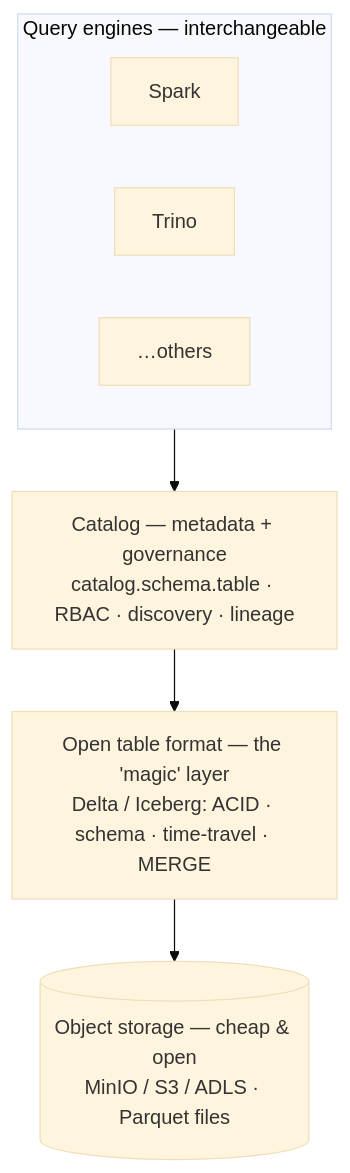
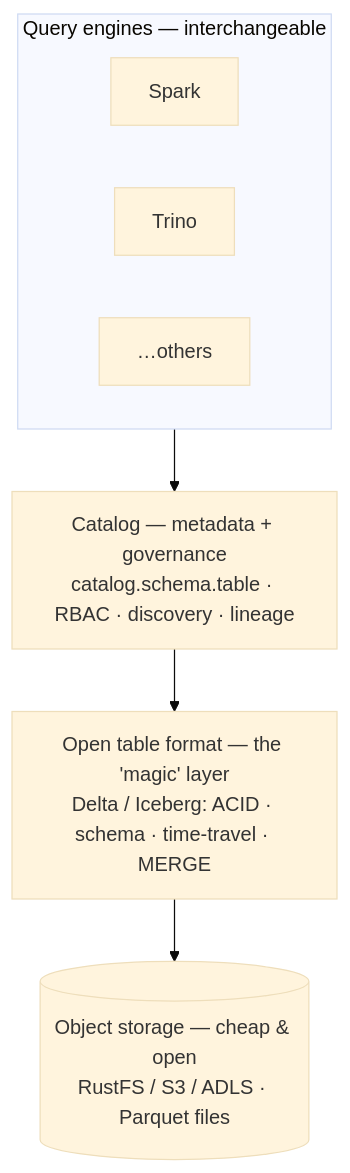
One commit to maarthala/databrick-local-simulator changed the second of 2 diagrams in training/docs/unit1/lakehouse.md. Above: the diagram before and after it, drawn with Mermaid (base theme). The commit also changed other lines of this file and 27 other files, not shown here.

````diff
--- a/training/docs/unit1/lakehouse.md
+++ b/training/docs/unit1/lakehouse.md
@@ -48,17 +48,17 @@
 ```mermaid
 flowchart TB
   subgraph ENG["Query engines — interchangeable"]
     direction LR
     SP[Spark]
     TR[Trino]
     ETC[…others]
   end
 
   CAT["Catalog — metadata + governance<br/>catalog.schema.table · RBAC · discovery · lineage"]
 
   TBL["Open table format — the 'magic' layer<br/>Delta / Iceberg: ACID · schema · time-travel · MERGE"]
 
-  STORE[("Object storage — cheap & open<br/>MinIO / S3 / ADLS · Parquet files")]
+  STORE[("Object storage — cheap & open<br/>RustFS / S3 / ADLS · Parquet files")]
 
   ENG --> CAT --> TBL --> STORE
 ```
````
